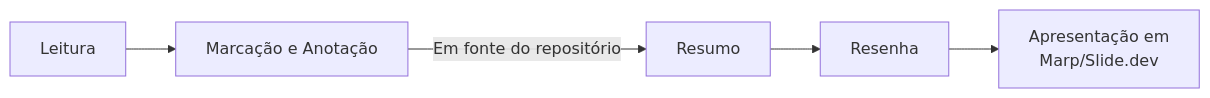
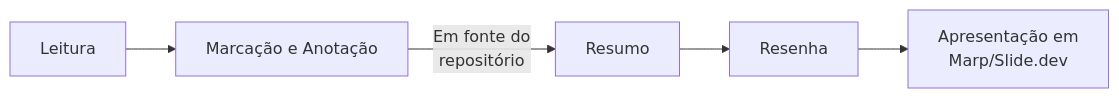
One commit to dnlclaudino/gestao-do-conhecimento changed the first of 3 diagrams in README.md. Above: the diagram before and after it, drawn with Mermaid. The commit also changed other lines of this file, not shown here.

````diff
--- a/README.md
+++ b/README.md
@@ -33,7 +33,7 @@
 ```mermaid
 graph LR;
     A[Leitura]-->B[Marcação e Anotação];
-    B-- Em fonte do repositório -->C[Resumo];
+    B-- Em fonte do<br>repositório -->C[Resumo];
     C-->D[Resenha];
     D-->E[Apresentação em<br>Marp/Slide.dev];
 ```
````
